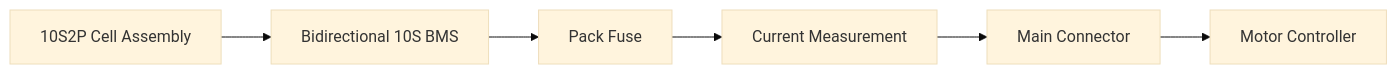
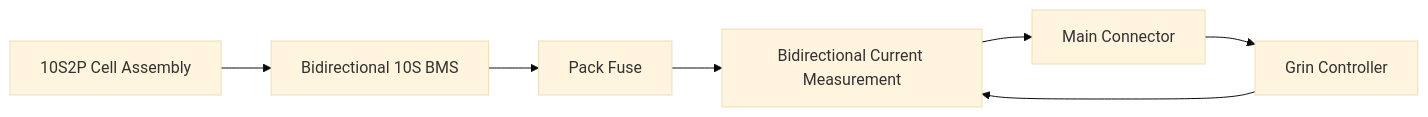
One commit to tspreck/ferrous-drive changed the diagram in docs/battery_design.md. Above: the diagram before and after it, drawn with Mermaid (base theme). The commit also changed other lines of this file and 3 other files, not shown here.

````diff
--- a/docs/battery_design.md
+++ b/docs/battery_design.md
@@ -399,15 +88,16 @@
 ```mermaid
 flowchart LR
     Cells[10S2P Cell Assembly]
     BMS[Bidirectional 10S BMS]
     Fuse[Pack Fuse]
-    Current[Current Measurement]
+    Current[Bidirectional Current Measurement]
     Connector[Main Connector]
-    Controller[Motor Controller]
+    Controller[Grin Controller]
 
     Cells --> BMS
     BMS --> Fuse
     Fuse --> Current
     Current --> Connector
     Connector --> Controller
+    Controller --> Current
 ```
````
